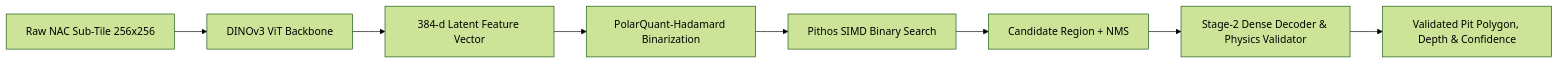
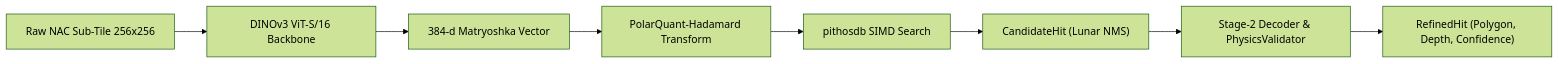
One commit to Quillstacks/luna changed the diagram in docs/guide/vision-and-models.md. Above: the diagram before and after it, drawn with Mermaid (forest theme). The commit also changed 1 other file, not shown here.

Commit message:
docs: align mermaid architecture diagrams with exact module names and dataflow types

````diff
--- a/docs/guide/vision-and-models.md
+++ b/docs/guide/vision-and-models.md
@@ -9,10 +9,10 @@
 ```mermaid
 flowchart LR
-    Raw["Raw NAC Sub-Tile 256x256"] --> DINO["DINOv3 ViT Backbone"]
-    DINO --> Embedding["384-d Latent Feature Vector"]
-    Embedding --> Binarize["PolarQuant-Hadamard Binarization"]
-    Binarize --> PithosIndex["Pithos SIMD Binary Search"]
-    PithosIndex --> Candidate["Candidate Region + NMS"]
-    Candidate --> Stage2["Stage-2 Dense Decoder & Physics Validator"]
-    Stage2 --> Output["Validated Pit Polygon, Depth & Confidence"]
+    Raw["Raw NAC Sub-Tile 256x256"] --> DINO["DINOv3 ViT-S/16 Backbone"]
+    DINO --> Embedding["384-d Matryoshka Vector"]
+    Embedding --> Binarize["PolarQuant-Hadamard Transform"]
+    Binarize --> PithosIndex["pithosdb SIMD Search"]
+    PithosIndex --> Candidate["CandidateHit (Lunar NMS)"]
+    Candidate --> Stage2["Stage-2 Decoder & PhysicsValidator"]
+    Stage2 --> Output["RefinedHit (Polygon, Depth, Confidence)"]
 ```
````
